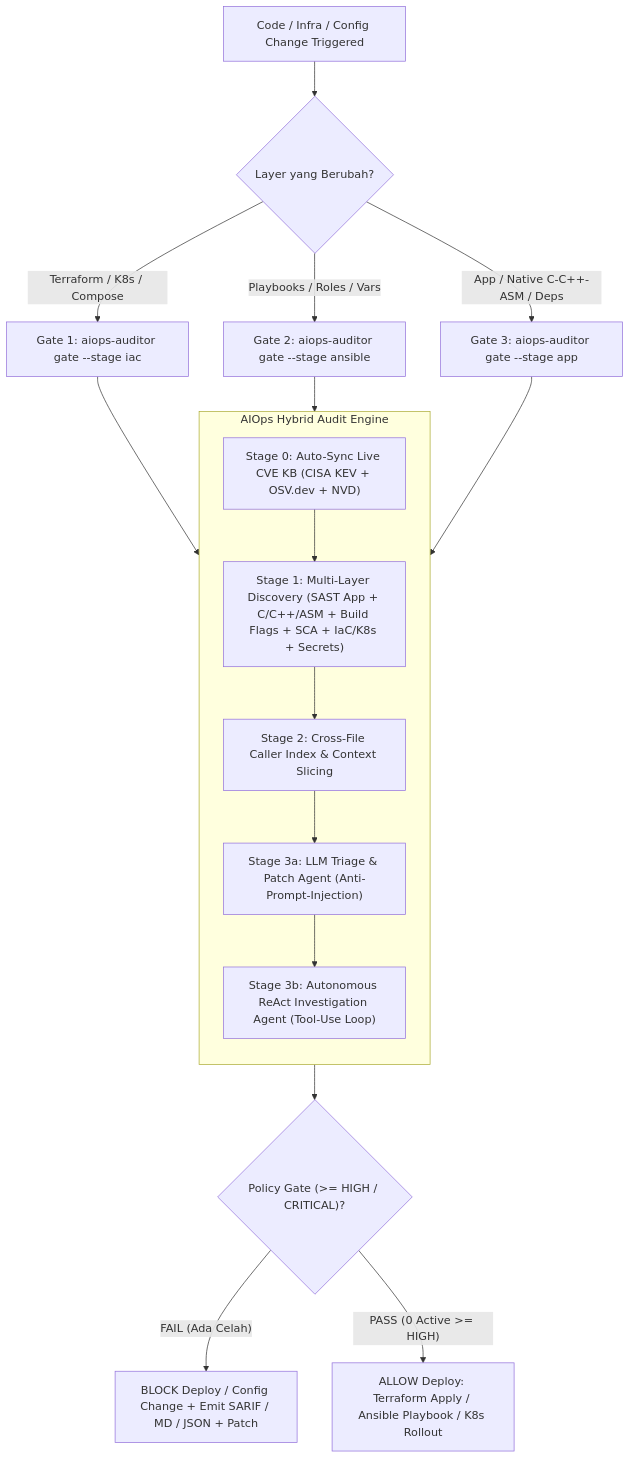
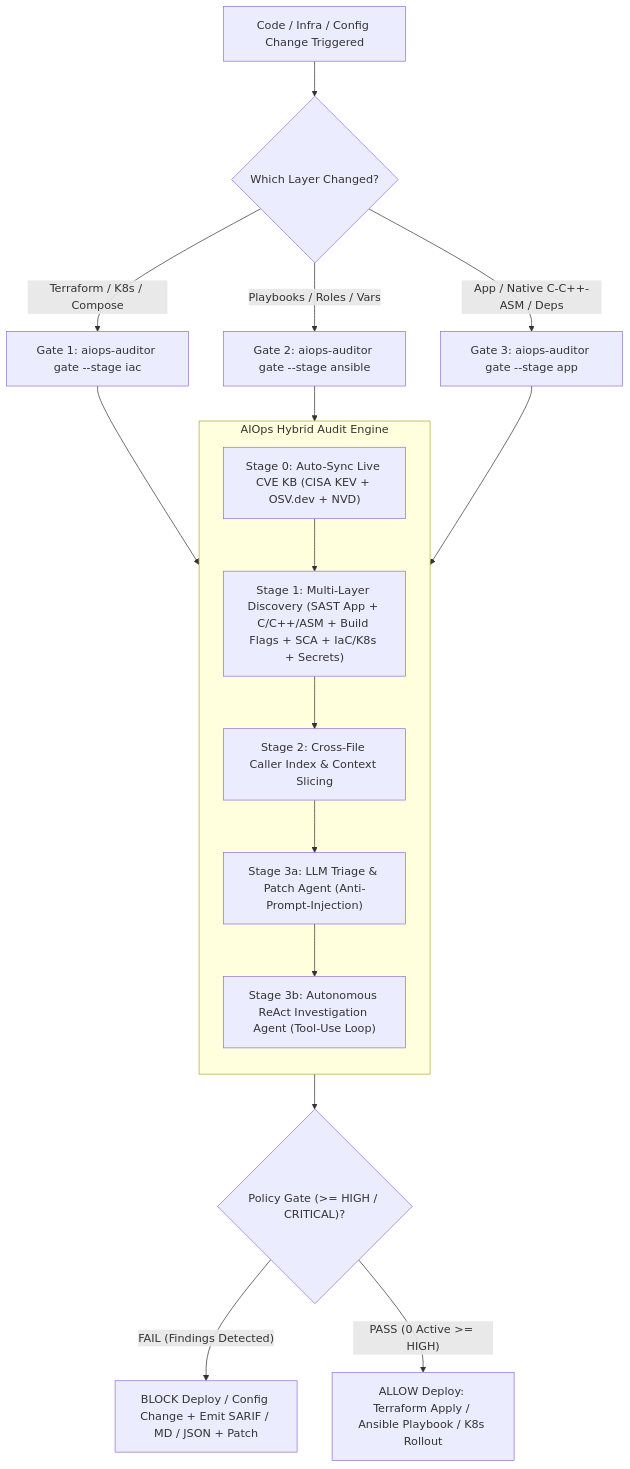
Before and after one commit to Fierda/aiops-infra-auditor: the first of 2 diagrams in README.md, drawn with Mermaid. The commit also changed other lines of this file, not shown here.

````diff
--- a/README.md
+++ b/README.md
@@ -11,26 +11,26 @@
 ```mermaid
 flowchart TD
-    CHG["Code / Infra / Config Change Triggered"] --> SPLIT{"Layer yang Berubah?"}
+    CHG["Code / Infra / Config Change Triggered"] --> SPLIT{"Which Layer Changed?"}
 
     SPLIT -->|Terraform / K8s / Compose| G_IAC["Gate 1: aiops-auditor gate --stage iac"]
     SPLIT -->|Playbooks / Roles / Vars| G_ANS["Gate 2: aiops-auditor gate --stage ansible"]
     SPLIT -->|App / Native C-C++-ASM / Deps| G_APP["Gate 3: aiops-auditor gate --stage app"]
 
     G_IAC --> ENGINE["AIOps Hybrid Audit Engine"]
     G_ANS --> ENGINE
     G_APP --> ENGINE
 
     subgraph ENGINE ["AIOps Hybrid Audit Engine"]
         direction TB
         SYNC["Stage 0: Auto-Sync Live CVE KB (CISA KEV + OSV.dev + NVD)"]
         STATIC["Stage 1: Multi-Layer Discovery (SAST App + C/C++/ASM + Build Flags + SCA + IaC/K8s + Secrets)"]
         SLICE["Stage 2: Cross-File Caller Index & Context Slicing"]
         TRIAGE["Stage 3a: LLM Triage & Patch Agent (Anti-Prompt-Injection)"]
         REACT["Stage 3b: Autonomous ReAct Investigation Agent (Tool-Use Loop)"]
         SYNC --> STATIC --> SLICE --> TRIAGE --> REACT
     end
 
     REACT --> POLICY{"Policy Gate (>= HIGH / CRITICAL)?"}
-    POLICY -->|"FAIL (Ada Celah)"| BLOCK["BLOCK Deploy / Config Change + Emit SARIF / MD / JSON + Patch"]
+    POLICY -->|"FAIL (Findings Detected)"| BLOCK["BLOCK Deploy / Config Change + Emit SARIF / MD / JSON + Patch"]
     POLICY -->|"PASS (0 Active >= HIGH)"| DEPLOY["ALLOW Deploy: Terraform Apply / Ansible Playbook / K8s Rollout"]
 ```
````
